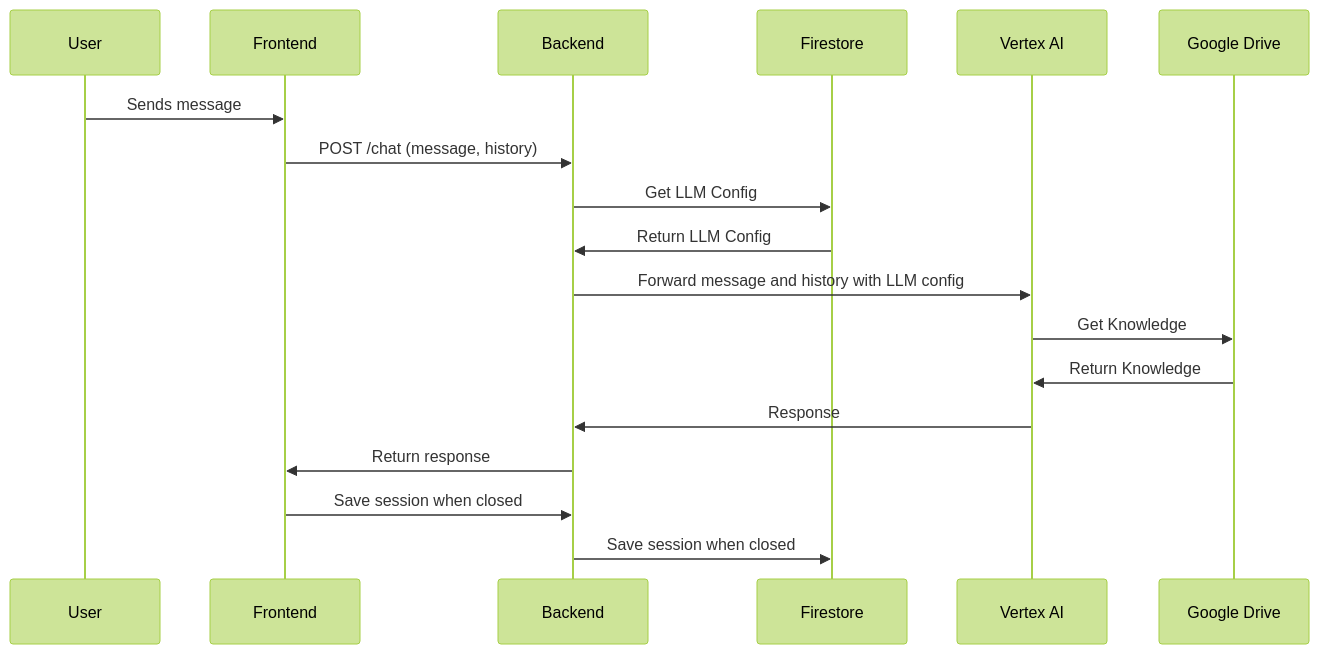
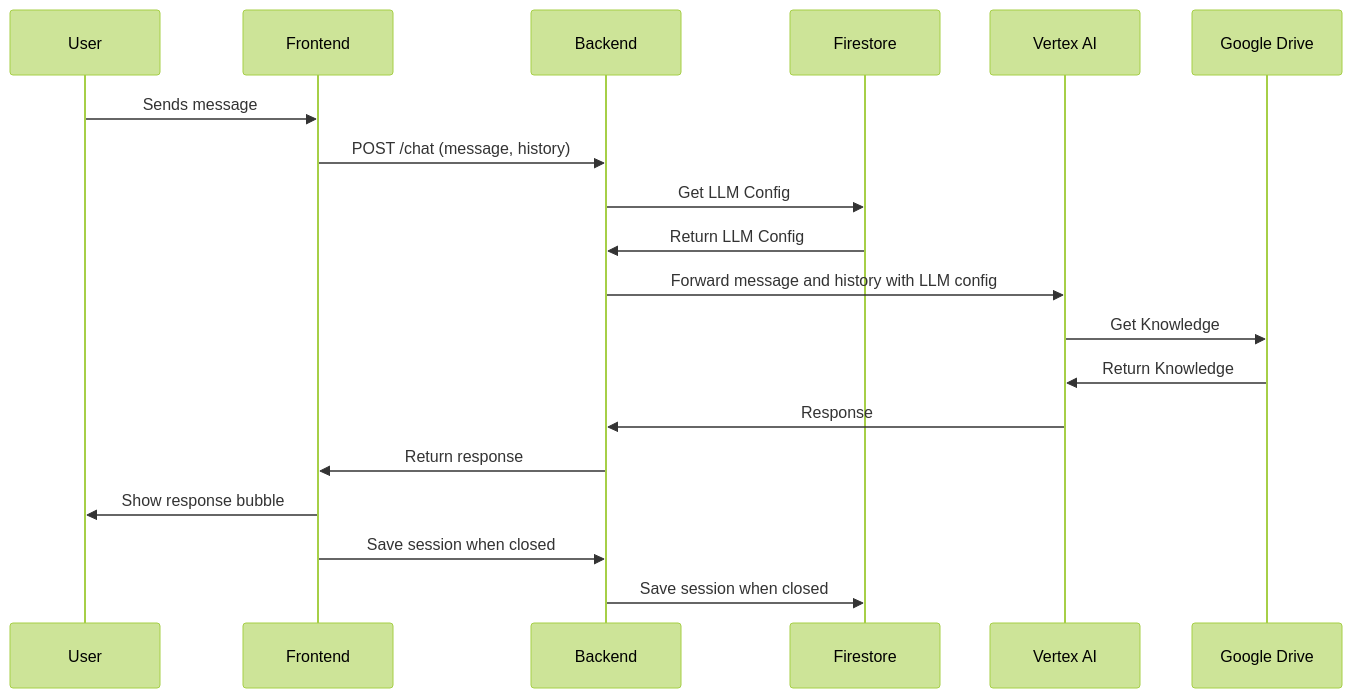
One commit to nafimulyoo/capstone-candy changed the diagram in documentation/diagram/mermaid/user_chat_flow.mermaid. Above: the diagram before and after it, drawn with Mermaid (forest theme). The commit also changed 3 other files, not shown here.

```diff
--- a/documentation/diagram/mermaid/user_chat_flow.mermaid
+++ b/documentation/diagram/mermaid/user_chat_flow.mermaid
@@ -1,14 +1,15 @@
 sequenceDiagram
     User->>Frontend: Sends message
     Frontend->>Backend: POST /chat (message, history)
     Backend->>Firestore: Get LLM Config
     Firestore->>Backend: Return LLM Config
     Backend->>Vertex AI: Forward message and history with LLM config
     Vertex AI->>Google Drive: Get Knowledge
     Google Drive->>Vertex AI: Return Knowledge
     Vertex AI->>Backend: Response
     
    
     Backend->>Frontend: Return response
+    Frontend->>User: Show response bubble
     Frontend->>Backend: Save session when closed
     Backend->>Firestore: Save session when closed
```
